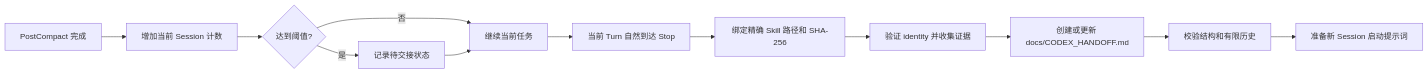
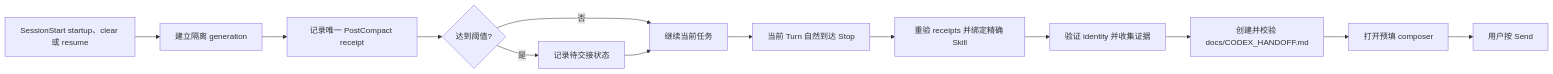
Before and after one commit to HaoPan036/codex-handoff: the diagram in README.zh-CN.md, drawn with Mermaid. The commit also changed other lines of this file and 18 other files, not shown here.

Commit message:
fix: isolate handoff state across Codex sessions

````diff
--- a/README.zh-CN.md
+++ b/README.zh-CN.md
@@ -62,14 +62,15 @@
 ```mermaid
 flowchart LR
-    A[PostCompact 完成] --> B[增加当前 Session 计数]
-    B --> C{达到阈值?}
-    C -- 否 --> D[继续当前任务]
-    C -- 是 --> E[记录待交接状态]
-    E --> D
-    D --> F[当前 Turn 自然到达 Stop]
-    F --> G[绑定精确 Skill 路径和 SHA-256]
-    G --> H[验证 identity 并收集证据]
-    H --> I[创建或更新 docs/CODEX_HANDOFF.md]
-    I --> J[校验结构和有限历史]
-    J --> K[准备新 Session 启动提示词]
+    A[SessionStart startup、clear 或 resume] --> B[建立隔离 generation]
+    B --> C[记录唯一 PostCompact receipt]
+    C --> D{达到阈值?}
+    D -- 否 --> E[继续当前任务]
+    D -- 是 --> F[记录待交接状态]
+    F --> E
+    E --> G[当前 Turn 自然到达 Stop]
+    G --> H[重验 receipts 并绑定精确 Skill]
+    H --> I[验证 identity 并收集证据]
+    I --> J[创建并校验 docs/CODEX_HANDOFF.md]
+    J --> K[打开预填 composer]
+    K --> L[用户按 Send]
 ```
````
